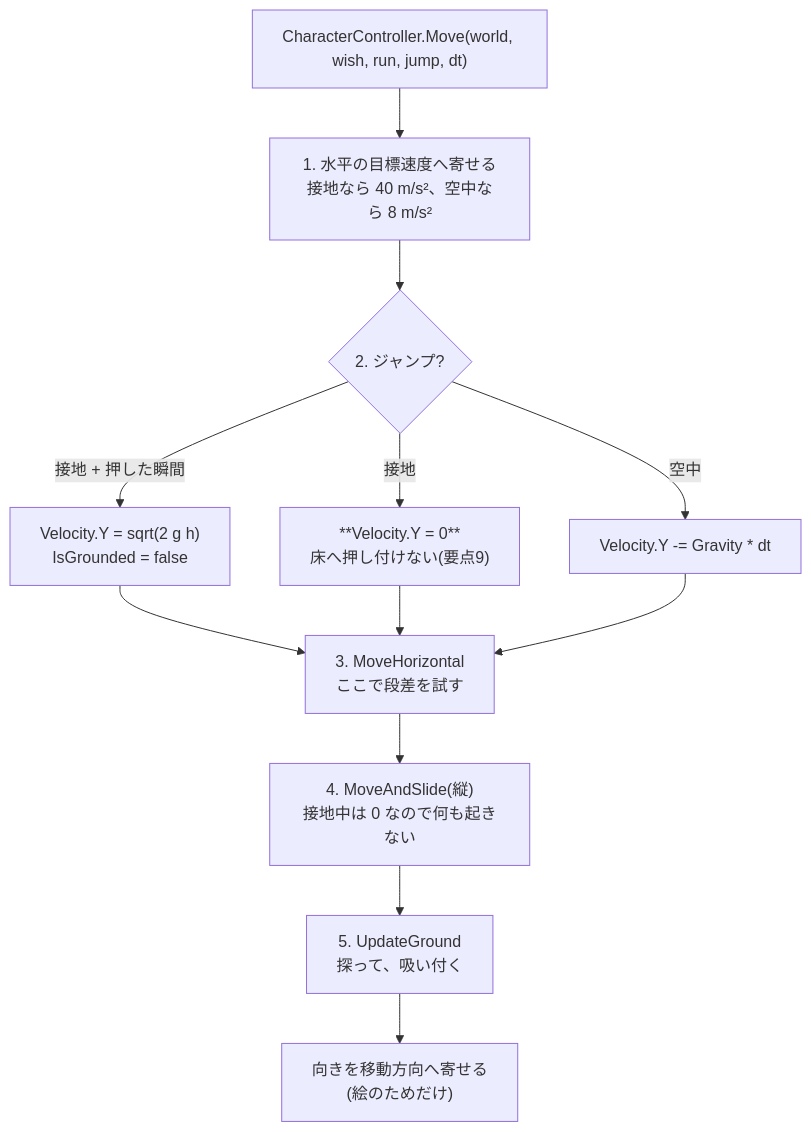
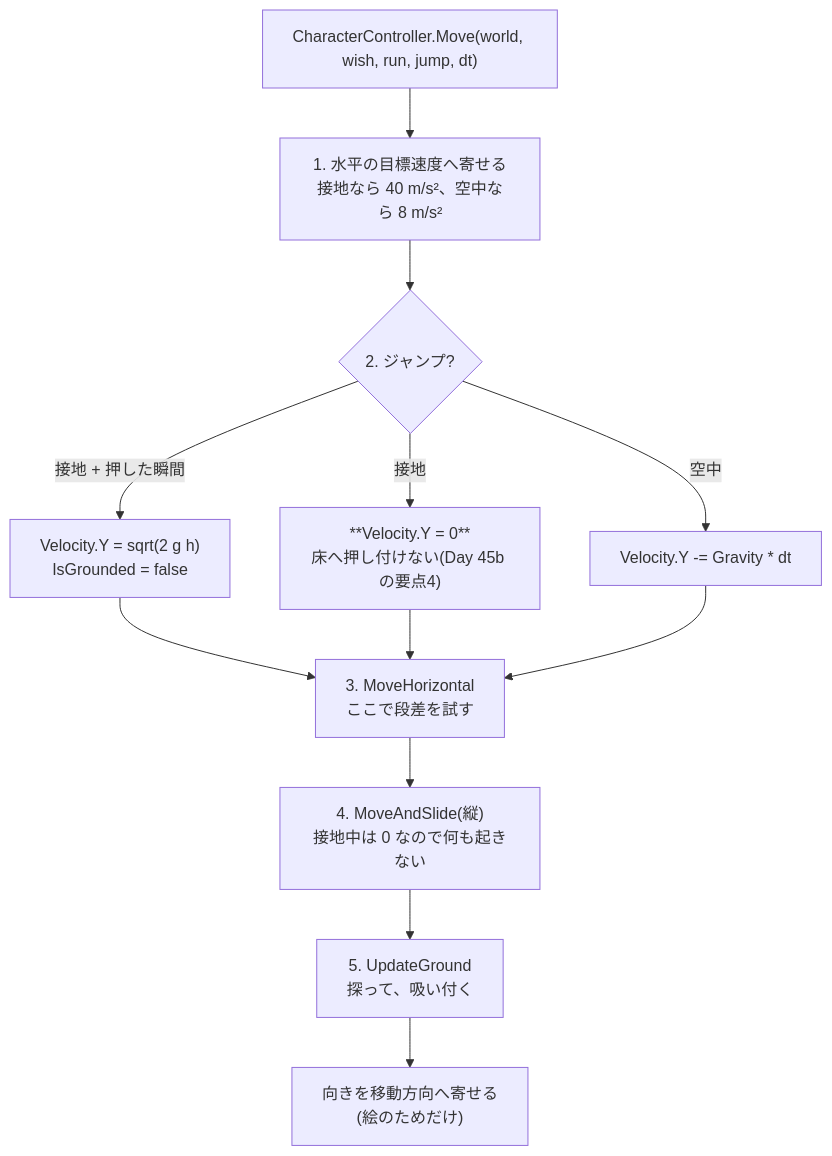
One commit to honyax/honya-game-engine changed diagram 14 of 53 in docs/plans/Day46.md. Above: the diagram before and after it, drawn with Mermaid. The commit also changed other lines of this file and 329 other files, not shown here.

````diff
--- a/docs/plans/Day46.md
+++ b/docs/plans/Day46.md
@@ -2508,16 +2508,16 @@
 ```mermaid
 flowchart TD
     S["CharacterController.Move(world, wish, run, jump, dt)"]
     S --> V1["1. 水平の目標速度へ寄せる<br/>接地なら 40 m/s²、空中なら 8 m/s²"]
     V1 --> V2{"2. ジャンプ?"}
     V2 -->|接地 + 押した瞬間| J["Velocity.Y = sqrt(2 g h)<br/>IsGrounded = false"]
-    V2 -->|接地| Z["**Velocity.Y = 0**<br/>床へ押し付けない(要点9)"]
+    V2 -->|接地| Z["**Velocity.Y = 0**<br/>床へ押し付けない(Day 45b の要点4)"]
     V2 -->|空中| G["Velocity.Y -= Gravity * dt"]
 
     J --> H
     Z --> H
     G --> H["3. MoveHorizontal<br/>ここで段差を試す"]
     H --> VM["4. MoveAndSlide(縦)<br/>接地中は 0 なので何も起きない"]
     VM --> UG["5. UpdateGround<br/>探って、吸い付く"]
     UG --> F["向きを移動方向へ寄せる<br/>(絵のためだけ)"]
 ```
````
